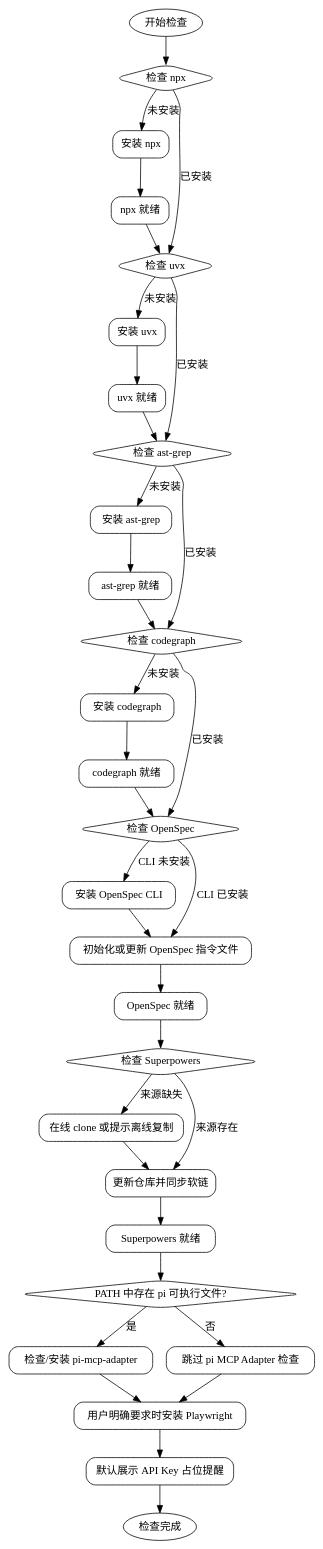
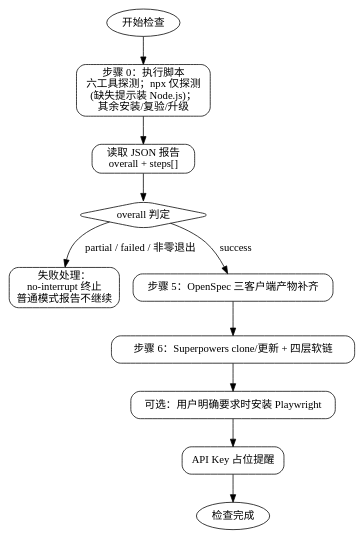
Before and after one commit to michaelChe956/Cadence-skills: the second of 2 diagrams in cadence-init/skills/pre-check/SKILL.md, drawn with Graphviz. The commit also changed other lines of this file and 15 other files, not shown here.

First line of the commit message:
refactor(cadence-init): pre-check 脚本化（六工具一键检查/安装/升级 + 大陆镜像 + JSON 报告驱动） (#75)

````diff
--- a/cadence-init/skills/pre-check/SKILL.md
+++ b/cadence-init/skills/pre-check/SKILL.md
@@ -134,81 +133,27 @@
 ```dot
 digraph check_flow {
     rankdir=TB;
     node [shape=box, style="rounded"];
 
     start [label="开始检查", shape=ellipse];
-
-    check_npx [label="检查 npx", shape=diamond];
-    install_npx [label="安装 npx"];
-    npx_done [label="npx 就绪"];
-
-    check_uvx [label="检查 uvx", shape=diamond];
-    install_uvx [label="安装 uvx"];
-    uvx_done [label="uvx 就绪"];
-
-    check_ast_grep [label="检查 ast-grep", shape=diamond];
-    install_ast_grep [label="安装 ast-grep"];
-    ast_grep_done [label="ast-grep 就绪"];
-
-    check_codegraph [label="检查 codegraph", shape=diamond];
-    install_codegraph [label="安装 codegraph"];
-    codegraph_done [label="codegraph 就绪"];
-
-    check_openspec [label="检查 OpenSpec", shape=diamond];
-    install_openspec [label="安装 OpenSpec CLI"];
-    sync_openspec [label="初始化或更新 OpenSpec 指令文件"];
-    openspec_done [label="OpenSpec 就绪"];
-
-    check_superpowers [label="检查 Superpowers", shape=diamond];
-    clone_superpowers [label="在线 clone 或提示离线复制"];
-    sync_superpowers [label="更新仓库并同步软链"];
-    superpowers_done [label="Superpowers 就绪"];
-
-    check_pi_mcp [label="PATH 中存在 pi 可执行文件?", shape=diamond];
-    install_pi_mcp [label="检查/安装 pi-mcp-adapter"];
-    skip_pi_mcp [label="跳过 pi MCP Adapter 检查"];
-    optional_playwright [label="用户明确要求时安装 Playwright", shape=box];
-    remind_apikey [label="默认展示 API Key 占位提醒"];
-
+    run_script [label="步骤 0：执行脚本\n六工具探测；npx 仅探测\n(缺失提示装 Node.js)；\n其余安装/复验/升级"];
+    read_report [label="读取 JSON 报告\noverall + steps[]"];
+    judge [label="overall 判定", shape=diamond];
+    fail_stop [label="失败处理：\nno-interrupt 终止\n普通模式报告不继续"];
+    openspec_clients [label="步骤 5：OpenSpec 三客户端产物补齐"];
+    superpowers_sync [label="步骤 6：Superpowers clone/更新 + 四层软链"];
+    playwright [label="可选：用户明确要求时安装 Playwright", shape=box];
+    apikey [label="API Key 占位提醒"];
     end [label="检查完成", shape=ellipse];
 
-    start -> check_npx;
-    check_npx -> install_npx [label="未安装"];
-    check_npx -> check_uvx [label="已安装"];
-    install_npx -> npx_done;
-    npx_done -> check_uvx;
-
-    check_uvx -> install_uvx [label="未安装"];
-    check_uvx -> check_ast_grep [label="已安装"];
-    install_uvx -> uvx_done;
-    uvx_done -> check_ast_grep;
-
-    check_ast_grep -> install_ast_grep [label="未安装"];
-    check_ast_grep -> check_codegraph [label="已安装"];
-    install_ast_grep -> ast_grep_done;
-    ast_grep_done -> check_codegraph;
-
-    check_codegraph -> install_codegraph [label="未安装"];
-    check_codegraph -> check_openspec [label="已安装"];
-    install_codegraph -> codegraph_done;
-    codegraph_done -> check_openspec;
-
-    check_openspec -> install_openspec [label="CLI 未安装"];
-    check_openspec -> sync_openspec [label="CLI 已安装"];
-    install_openspec -> sync_openspec;
-    sync_openspec -> openspec_done;
-    openspec_done -> check_superpowers;
-
-    check_superpowers -> clone_superpowers [label="来源缺失"];
-    check_superpowers -> sync_superpowers [label="来源存在"];
-    clone_superpowers -> sync_superpowers;
-    sync_superpowers -> superpowers_done;
-    superpowers_done -> check_pi_mcp;
-    check_pi_mcp -> install_pi_mcp [label="是"];
-    check_pi_mcp -> skip_pi_mcp [label="否"];
-    install_pi_mcp -> optional_playwright;
-    skip_pi_mcp -> optional_playwright;
-    optional_playwright -> remind_apikey;
-    remind_apikey -> end;
+    start -> run_script;
+    run_script -> read_report;
+    read_report -> judge;
+    judge -> fail_stop [label="partial / failed / 非零退出"];
+    judge -> openspec_clients [label="success"];
+    openspec_clients -> superpowers_sync;
+    superpowers_sync -> playwright;
+    playwright -> apikey;
+    apikey -> end;
 }
 ```
````
